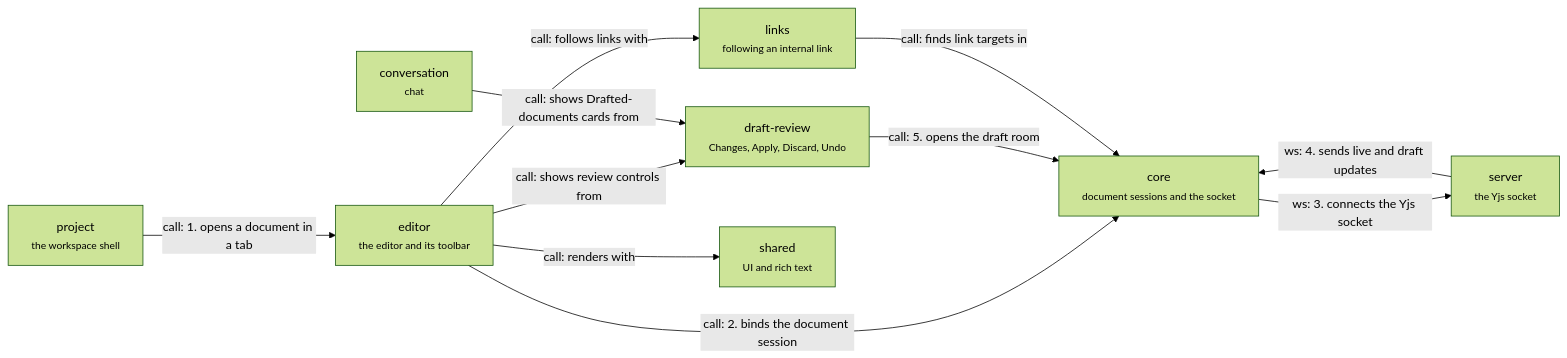
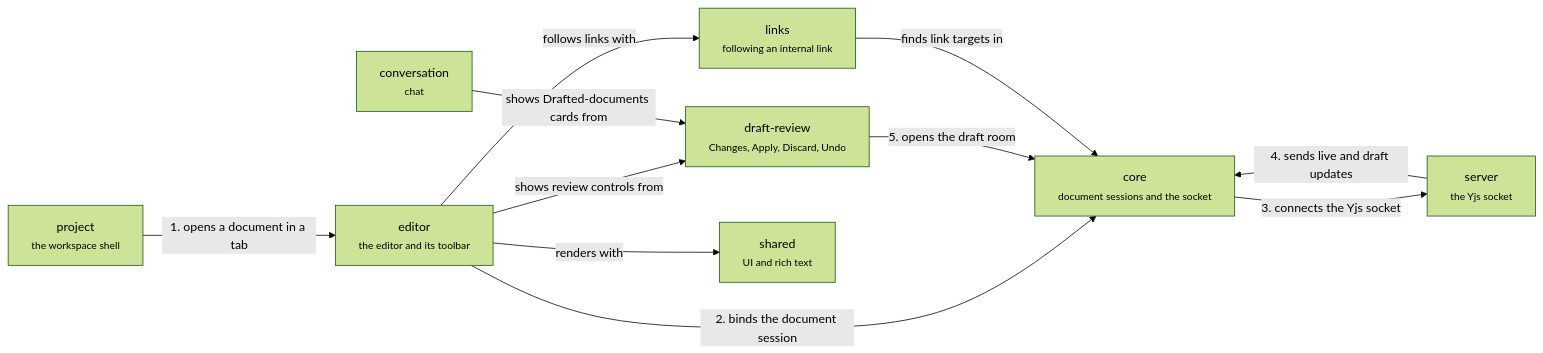
The diagram in .context/system-architecture/app-documents.md (haowjy/meridian-flow), drawn with Mermaid (forest theme) before and after one commit. The commit also changed 13 other files, not shown here.

````diff
--- a/.context/system-architecture/app-documents.md
+++ b/.context/system-architecture/app-documents.md
@@ -5,21 +5,21 @@
 ```mermaid
 flowchart LR
   editor["editor<br/><small>the editor and its toolbar</small>"]:::feature
   draft-review["draft-review<br/><small>Changes, Apply, Discard, Undo</small>"]:::feature
   links["links<br/><small>following an internal link</small>"]:::feature
   project["project<br/><small>the workspace shell</small>"]:::context
   core["core<br/><small>document sessions and the socket</small>"]:::context
   shared["shared<br/><small>UI and rich text</small>"]:::context
   conversation["conversation<br/><small>chat</small>"]:::context
   server["server<br/><small>the Yjs socket</small>"]:::context
-  project -->|"call: 1. opens a document in a tab"| editor
-  editor -->|"call: 2. binds the document session"| core
-  core -->|"ws: 3. connects the Yjs socket"| server
-  server -->|"ws: 4. sends live and draft updates"| core
-  draft-review -->|"call: 5. opens the draft room"| core
-  editor -->|"call: shows review controls from"| draft-review
-  links -->|"call: finds link targets in"| core
-  editor -->|"call: follows links with"| links
-  conversation -->|"call: shows Drafted-documents cards from"| draft-review
-  editor -->|"call: renders with"| shared
+  project -->|"1. opens a document in a tab"| editor
+  editor -->|"2. binds the document session"| core
+  core -->|"3. connects the Yjs socket"| server
+  server -->|"4. sends live and draft updates"| core
+  draft-review -->|"5. opens the draft room"| core
+  editor -->|"shows review controls from"| draft-review
+  links -->|"finds link targets in"| core
+  editor -->|"follows links with"| links
+  conversation -->|"shows Drafted-documents cards from"| draft-review
+  editor -->|"renders with"| shared
 ```
````
